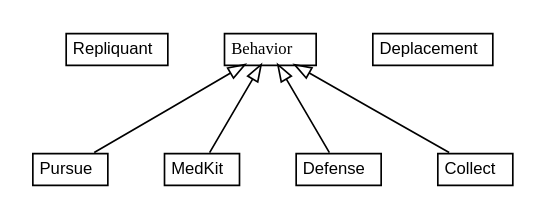
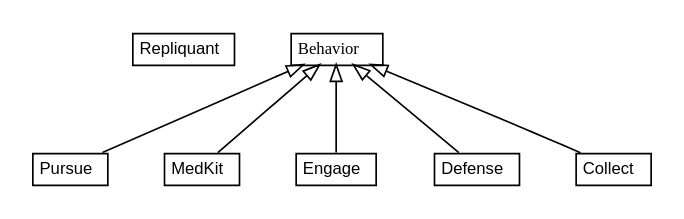
Before and after one commit to BotFloyd/BotContestUT2004: the diagram in Test1/target/apidocs/com/mycompany/test1/com.mycompany.test1.dot, drawn with Graphviz. The commit also changed 20 other files, not shown here.

```diff
--- a/Test1/target/apidocs/com/mycompany/test1/com.mycompany.test1.dot
+++ b/Test1/target/apidocs/com/mycompany/test1/com.mycompany.test1.dot
@@ -1,62 +1,64 @@
 #!/usr/local/bin/dot
 #
 # Class diagram 
 # Generated by UMLGraph version 5.1 (http://www.umlgraph.org/)
 #
 
 digraph G {
 	edge [fontname="arial",fontsize=10,labelfontname="arial",labelfontsize=10];
 	node [fontname="arial",fontsize=10,shape=plaintext];
 	nodesep=0.25;
 	ranksep=0.5;
 	// com.mycompany.test1.Repliquant
 	c0 [label=<<table title="com.mycompany.test1.Repliquant" border="0" cellborder="1" cellspacing="0" cellpadding="2" port="p" href="./Repliquant.html">
 		<tr><td><table border="0" cellspacing="0" cellpadding="1">
 <tr><td align="center" balign="center"> Repliquant </td></tr>
 		</table></td></tr>
 		</table>>, fontname="arial", fontcolor="black", fontsize=10.0];
 	// com.mycompany.test1.Pursue
 	c1 [label=<<table title="com.mycompany.test1.Pursue" border="0" cellborder="1" cellspacing="0" cellpadding="2" port="p" href="./Pursue.html">
 		<tr><td><table border="0" cellspacing="0" cellpadding="1">
 <tr><td align="center" balign="center"> Pursue </td></tr>
 		</table></td></tr>
 		</table>>, fontname="arial", fontcolor="black", fontsize=10.0];
 	// com.mycompany.test1.MedKit
 	c2 [label=<<table title="com.mycompany.test1.MedKit" border="0" cellborder="1" cellspacing="0" cellpadding="2" port="p" href="./MedKit.html">
 		<tr><td><table border="0" cellspacing="0" cellpadding="1">
 <tr><td align="center" balign="center"> MedKit </td></tr>
 		</table></td></tr>
 		</table>>, fontname="arial", fontcolor="black", fontsize=10.0];
-	// com.mycompany.test1.Deplacement
-	c3 [label=<<table title="com.mycompany.test1.Deplacement" border="0" cellborder="1" cellspacing="0" cellpadding="2" port="p" href="./Deplacement.html">
+	// com.mycompany.test1.Engage
+	c3 [label=<<table title="com.mycompany.test1.Engage" border="0" cellborder="1" cellspacing="0" cellpadding="2" port="p" href="./Engage.html">
 		<tr><td><table border="0" cellspacing="0" cellpadding="1">
-<tr><td align="center" balign="center"> Deplacement </td></tr>
+<tr><td align="center" balign="center"> Engage </td></tr>
 		</table></td></tr>
 		</table>>, fontname="arial", fontcolor="black", fontsize=10.0];
 	// com.mycompany.test1.Defense
 	c4 [label=<<table title="com.mycompany.test1.Defense" border="0" cellborder="1" cellspacing="0" cellpadding="2" port="p" href="./Defense.html">
 		<tr><td><table border="0" cellspacing="0" cellpadding="1">
 <tr><td align="center" balign="center"> Defense </td></tr>
 		</table></td></tr>
 		</table>>, fontname="arial", fontcolor="black", fontsize=10.0];
 	// com.mycompany.test1.Collect
 	c5 [label=<<table title="com.mycompany.test1.Collect" border="0" cellborder="1" cellspacing="0" cellpadding="2" port="p" href="./Collect.html">
 		<tr><td><table border="0" cellspacing="0" cellpadding="1">
 <tr><td align="center" balign="center"> Collect </td></tr>
 		</table></td></tr>
 		</table>>, fontname="arial", fontcolor="black", fontsize=10.0];
 	// com.mycompany.test1.Behavior
 	c6 [label=<<table title="com.mycompany.test1.Behavior" border="0" cellborder="1" cellspacing="0" cellpadding="2" port="p" href="./Behavior.html">
 		<tr><td><table border="0" cellspacing="0" cellpadding="1">
 <tr><td align="center" balign="center"><font face="ariali"> Behavior </font></td></tr>
 		</table></td></tr>
 		</table>>, fontname="arial", fontcolor="black", fontsize=10.0];
 	//com.mycompany.test1.Pursue extends com.mycompany.test1.Behavior
 	c6:p -> c1:p [dir=back,arrowtail=empty];
 	//com.mycompany.test1.MedKit extends com.mycompany.test1.Behavior
 	c6:p -> c2:p [dir=back,arrowtail=empty];
+	//com.mycompany.test1.Engage extends com.mycompany.test1.Behavior
+	c6:p -> c3:p [dir=back,arrowtail=empty];
 	//com.mycompany.test1.Defense extends com.mycompany.test1.Behavior
 	c6:p -> c4:p [dir=back,arrowtail=empty];
 	//com.mycompany.test1.Collect extends com.mycompany.test1.Behavior
 	c6:p -> c5:p [dir=back,arrowtail=empty];
 }
```
